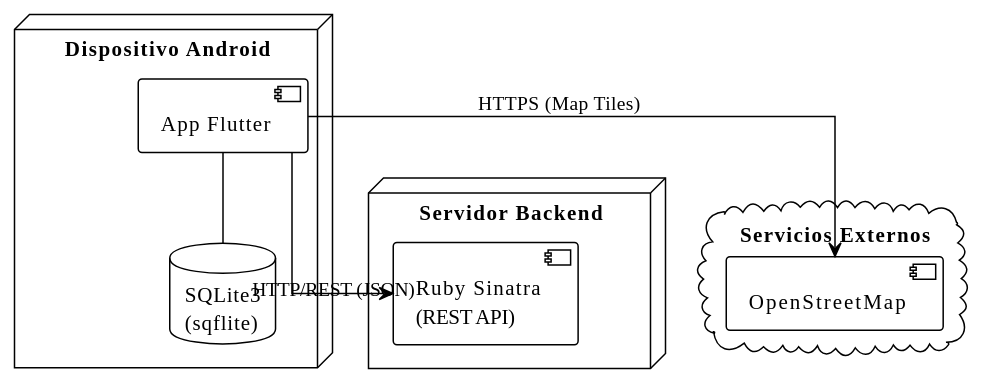
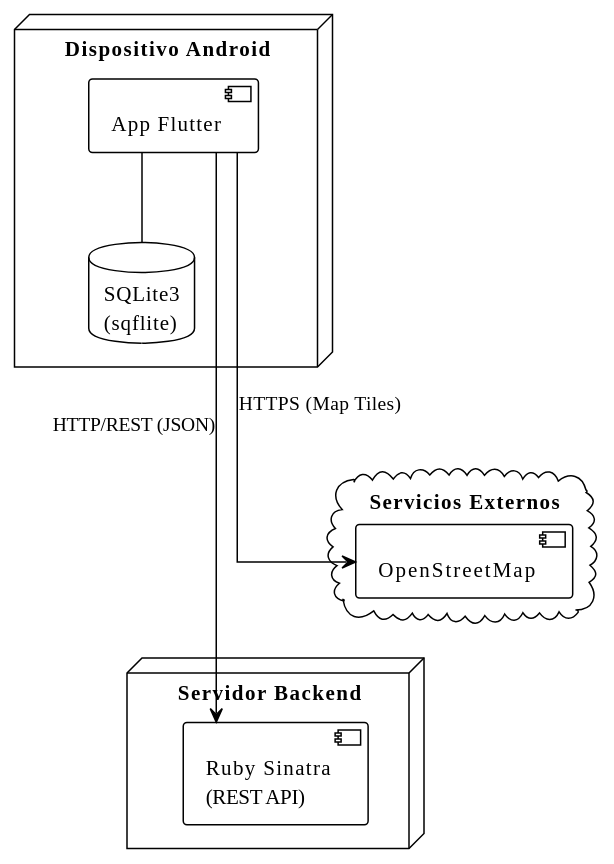
The first of 3 diagrams in README.md (Walturx/ProyectoPrograMovil), drawn with PlantUML before and after one commit. The commit also changed other lines of this file and 27 other files, not shown here.

````diff
--- a/README.md
+++ b/README.md
@@ -39,24 +81,24 @@
 ```plantuml
 @startuml
 !theme plain
 skinparam linetype ortho
 
 node "Dispositivo Android" as mobile {
   component "App Flutter" as flutter
   database "SQLite3\n(sqflite)" as db
   flutter -- db
 }
 
 node "Servidor Backend" as backend {
   component "Ruby Sinatra\n(REST API)" as sinatra
 }
 
 cloud "Servicios Externos" as ext {
   component "OpenStreetMap" as osm
 }
 
-flutter --> sinatra : HTTP/REST (JSON)
-flutter --> osm : HTTPS (Map Tiles)
+flutter -----> sinatra : HTTP/REST (JSON)
+flutter ----> osm : HTTPS (Map Tiles)
 
 @enduml
 ```
````
